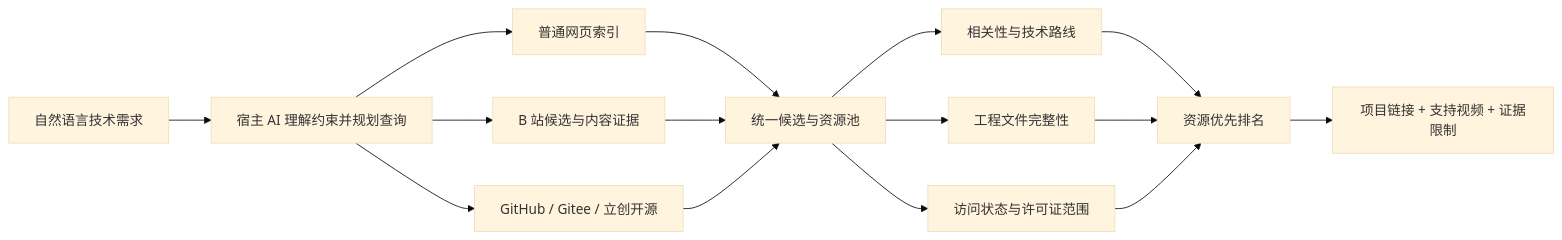
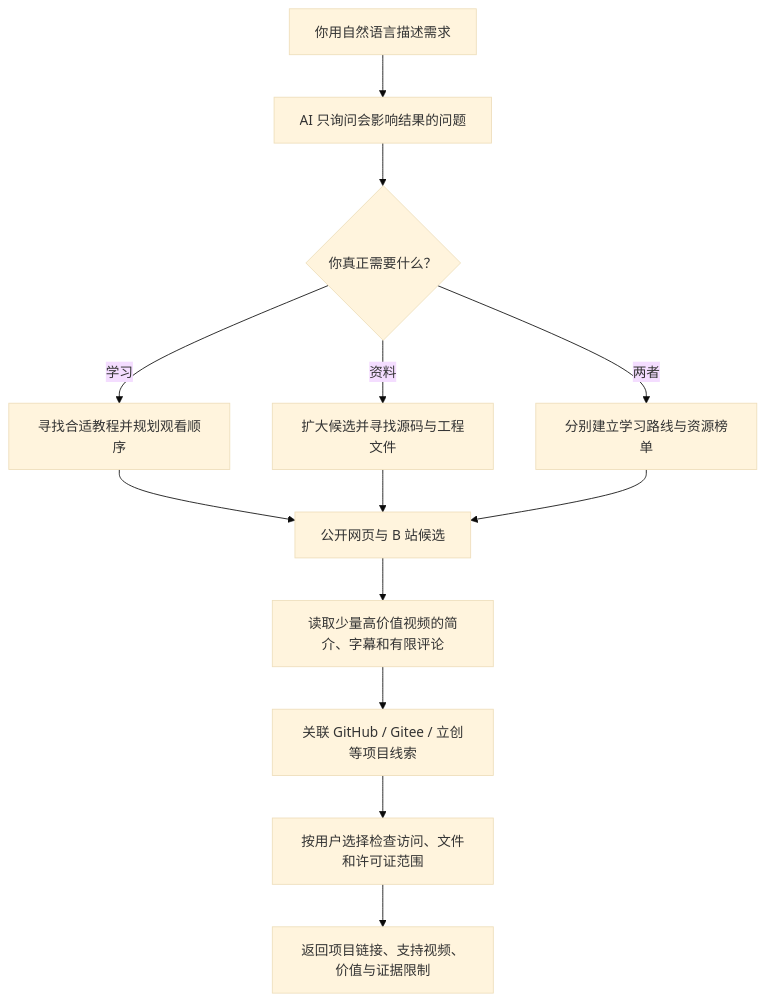
Before and after one commit to sunwanxu/bilibili-tech-resource-discovery: the diagram in README.md, drawn with Mermaid (base theme). The commit also changed other lines of this file, not shown here.

````diff
--- a/README.md
+++ b/README.md
@@ -55,22 +173,15 @@
 ```mermaid
-flowchart LR
-    A["自然语言技术需求"] --> B["宿主 AI 理解约束并规划查询"]
-
-    B --> C1["普通网页索引"]
-    B --> C2["B 站候选与内容证据"]
-    B --> C3["GitHub / Gitee / 立创开源"]
-
-    C1 --> D["统一候选与资源池"]
-    C2 --> D
-    C3 --> D
-
-    D --> E1["相关性与技术路线"]
-    D --> E2["工程文件完整性"]
-    D --> E3["访问状态与许可证范围"]
-
-    E1 --> F["资源优先排名"]
-    E2 --> F
-    E3 --> F
-
-    F --> G["项目链接 + 支持视频 + 证据限制"]
+flowchart TD
+    A["你用自然语言描述需求"] --> B["AI 只询问会影响结果的问题"]
+    B --> C{"你真正需要什么？"}
+    C -->|学习| D["寻找合适教程并规划观看顺序"]
+    C -->|资料| E["扩大候选并寻找源码与工程文件"]
+    C -->|两者| F["分别建立学习路线与资源榜单"]
+    D --> G["公开网页与 B 站候选"]
+    E --> G
+    F --> G
+    G --> H["读取少量高价值视频的简介、字幕和有限评论"]
+    H --> I["关联 GitHub / Gitee / 立创等项目线索"]
+    I --> J["按用户选择检查访问、文件和许可证范围"]
+    J --> K["返回项目链接、支持视频、价值与证据限制"]
 ```
````
